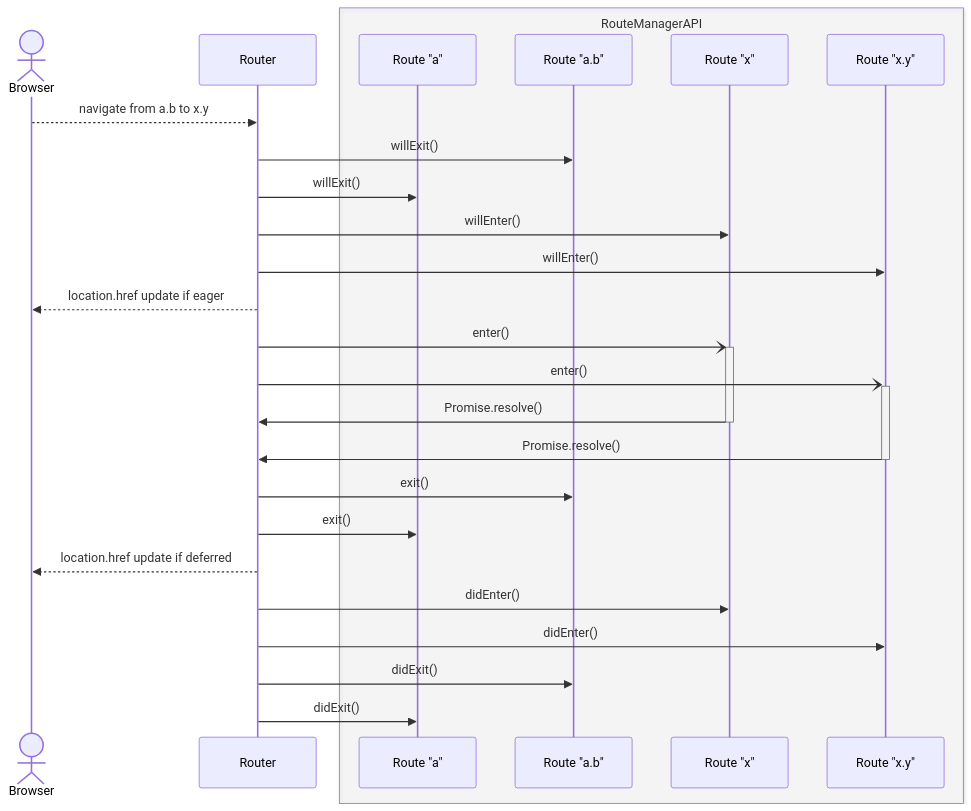
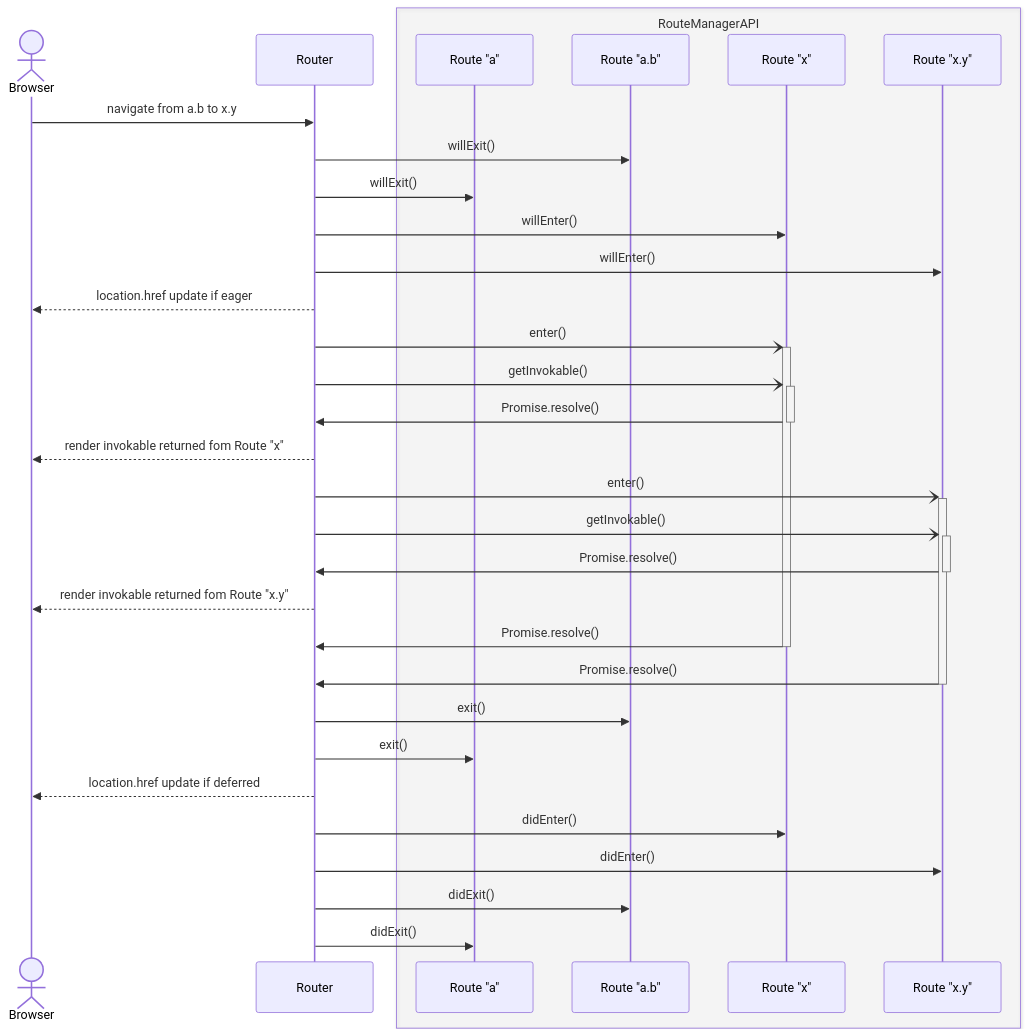
The first of 2 diagrams in text/1169-route-manager-api.md (emberjs/rfcs), drawn with Mermaid before and after one commit. The commit also changed other lines of this file, not shown here.

````diff
--- a/text/1169-route-manager-api.md
+++ b/text/1169-route-manager-api.md
@@ -182,38 +184,48 @@
 ```mermaid
 sequenceDiagram
     %% When putting this in github try using - participant Browser@{ "type" : "boundary" }
     Actor Browser
     participant R as Router
     
     box rgba(255, 255, 255, 0.2) RouteManagerAPI
 	    %% participant I as Route "index"
 	    participant A as Route "a"
 	    participant AB as Route "a.b"
 	    participant X as Route "x"
 	    participant XY as Route "x.y"
     end
     
-    Browser-->>R: navigate from a.b to x.y
+    Browser->>R: navigate from a.b to x.y
     R->>AB: willExit()
     R->>A: willExit()
     R->>X: willEnter()
     R->>XY: willEnter()
     
     R-->>Browser: location.href update if eager
     
     R-)+X: enter()
+    R-)+X: getInvokable()
+    X->>-R: Promise.resolve()
+
+    R-->>Browser: render invokable returned fom Route "x"
+
     R-)+XY: enter()
+    R-)+XY: getInvokable()
+    XY->>-R: Promise.resolve()
+
+    R-->>Browser: render invokable returned fom Route "x.y"
+
     X->>-R: Promise.resolve()
     XY->>-R: Promise.resolve()
 
     R->>AB: exit()
     R->>A: exit()
     
     R-->>Browser: location.href update if deferred
     
     R->>X: didEnter()
     R->>XY: didEnter()
     R->>AB: didExit()
     R->>A: didExit()
 
 ```
````
